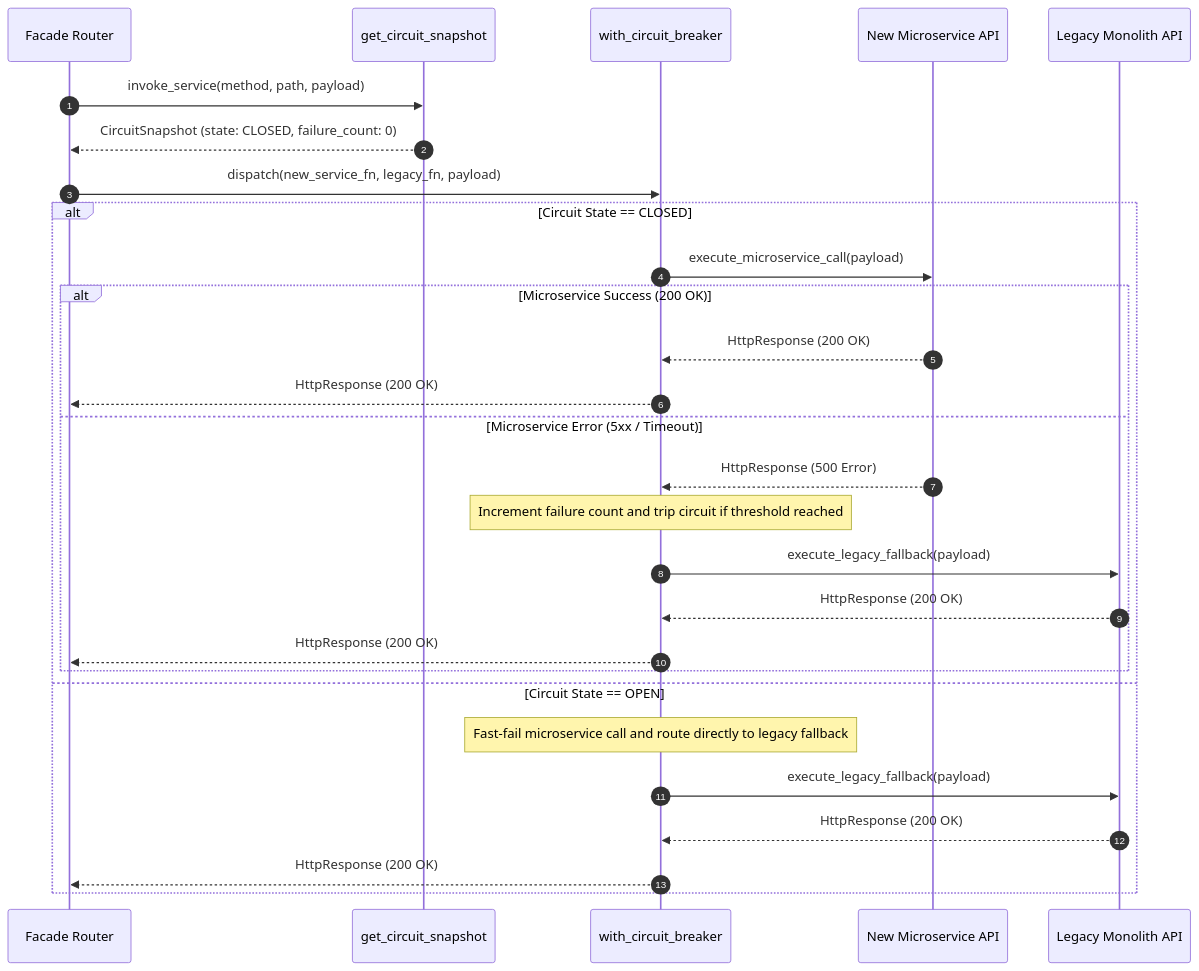
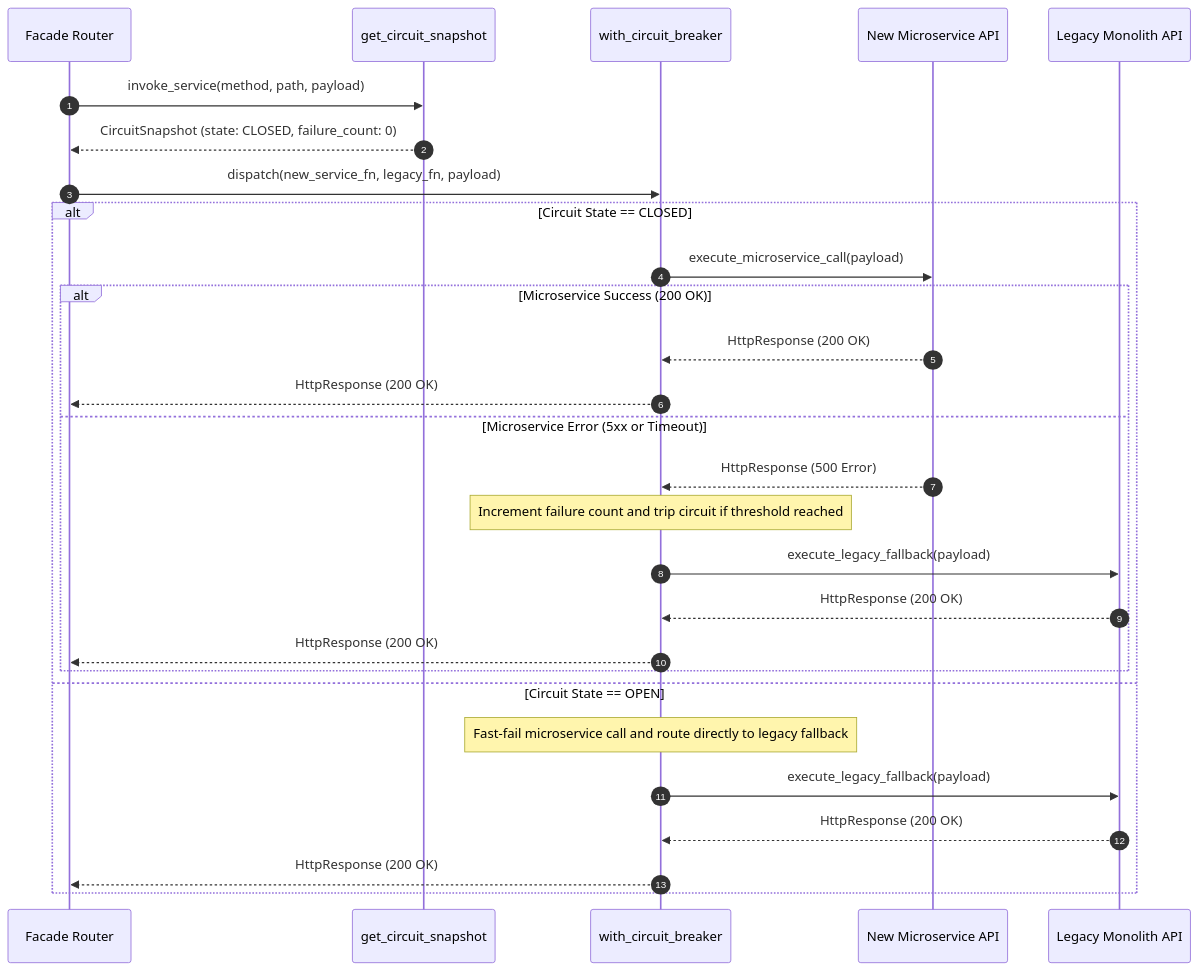
The second of 2 diagrams in notebooks/runbooks/refs/06-rollback-cutover-lifecycle/circuit-breaker-cutover-fallback.md (Chief-Strategist-J/llm-observability-platform), drawn with Mermaid before and after one commit. The commit also changed 52 other files, not shown here.

Commit message:
fix(docs): resolve all Mermaid diagram syntax errors across runbook suite

````diff
--- a/notebooks/runbooks/refs/06-rollback-cutover-lifecycle/circuit-breaker-cutover-fallback.md
+++ b/notebooks/runbooks/refs/06-rollback-cutover-lifecycle/circuit-breaker-cutover-fallback.md
@@ -65,34 +65,34 @@
 ```mermaid
 sequenceDiagram
     autonumber
     participant Client as Facade Router
     participant Cell as get_circuit_snapshot
     participant Breaker as with_circuit_breaker
     participant NewService as New Microservice API
     participant Legacy as Legacy Monolith API
 
     Client->>Cell: invoke_service(method, path, payload)
     Cell-->>Client: CircuitSnapshot (state: CLOSED, failure_count: 0)
 
     Client->>Breaker: dispatch(new_service_fn, legacy_fn, payload)
 
     alt Circuit State == CLOSED
         Breaker->>NewService: execute_microservice_call(payload)
         
         alt Microservice Success (200 OK)
             NewService-->>Breaker: HttpResponse (200 OK)
             Breaker-->>Client: HttpResponse (200 OK)
-        else Microservice Error (5xx / Timeout)
+        else Microservice Error (5xx or Timeout)
             NewService-->>Breaker: HttpResponse (500 Error)
             Note over Breaker: Increment failure count and trip circuit if threshold reached
             Breaker->>Legacy: execute_legacy_fallback(payload)
             Legacy-->>Breaker: HttpResponse (200 OK)
             Breaker-->>Client: HttpResponse (200 OK)
         end
     else Circuit State == OPEN
         Note over Breaker: Fast-fail microservice call and route directly to legacy fallback
         Breaker->>Legacy: execute_legacy_fallback(payload)
         Legacy-->>Breaker: HttpResponse (200 OK)
         Breaker-->>Client: HttpResponse (200 OK)
     end
 ```
````
